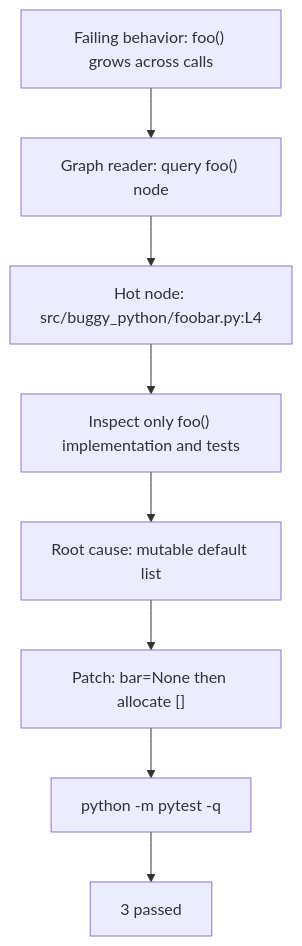
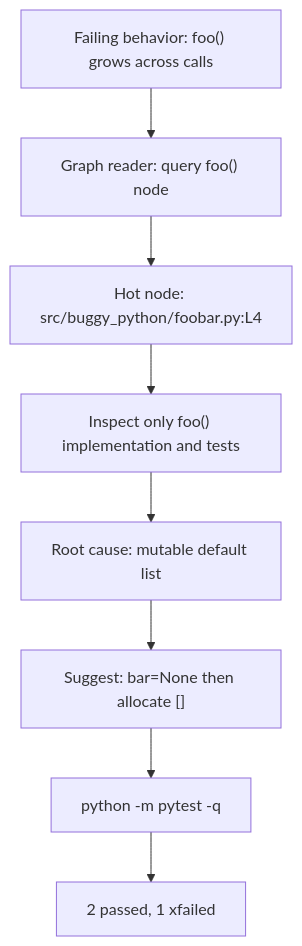
One commit to MohammdS/ex04-graphify-agentic-debugging changed the diagram in obsidian/agent-workflow.md. Above: the diagram before and after it, drawn with Mermaid. The commit also changed other lines of this file and 23 other files, not shown here.

````diff
--- a/obsidian/agent-workflow.md
+++ b/obsidian/agent-workflow.md
@@ -5,10 +5,10 @@
 ```mermaid
 flowchart TD
   Start["Failing behavior: foo() grows across calls"] --> GraphReader["Graph reader: query foo() node"]
   GraphReader --> HotNode["Hot node: src/buggy_python/foobar.py:L4"]
   HotNode --> Inspect["Inspect only foo() implementation and tests"]
   Inspect --> RootCause["Root cause: mutable default list"]
-  RootCause --> Patch["Patch: bar=None then allocate []"]
+  RootCause --> Patch["Suggest: bar=None then allocate []"]
   Patch --> Verify["python -m pytest -q"]
-  Verify --> Result["3 passed"]
+  Verify --> Result["2 passed, 1 xfailed"]
 ```
````
